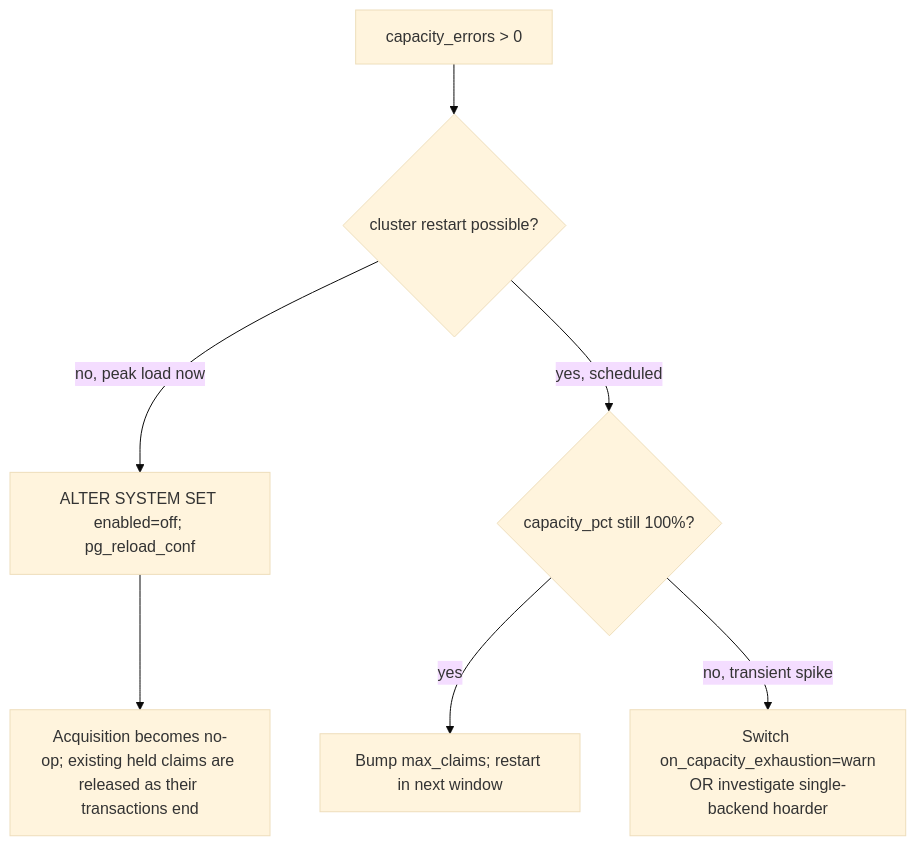
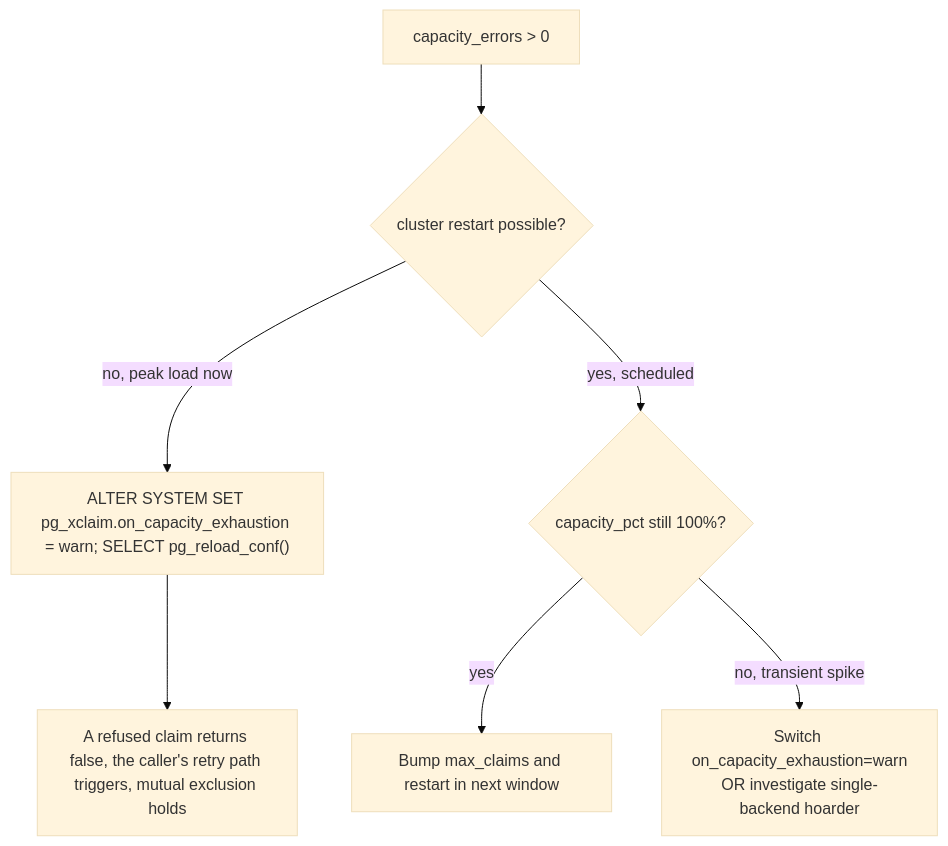
One commit to Fenoman/pg_xclaim changed the second of 2 diagrams in docs/incident-decision-tree_en.md. Above: the diagram before and after it, drawn with Mermaid (base theme). The commit also changed other lines of this file and 104 other files, not shown here.

````diff
--- a/docs/incident-decision-tree_en.md
+++ b/docs/incident-decision-tree_en.md
@@ -162,9 +166,9 @@
 ```mermaid
 flowchart TD
     A[capacity_errors > 0] --> B{cluster restart possible?}
-    B -- "no, peak load now" --> C[ALTER SYSTEM SET enabled=off; pg_reload_conf]
-    C --> C1[Acquisition becomes no-op; existing held claims are released as their transactions end]
+    B -- "no, peak load now" --> C["ALTER SYSTEM SET pg_xclaim.on_capacity_exhaustion = warn; SELECT pg_reload_conf()"]
+    C --> C1[A refused claim returns false, the caller's retry path triggers, mutual exclusion holds]
     B -- "yes, scheduled" --> D{capacity_pct still 100%?}
-    D -- "yes" --> E[Bump max_claims; restart in next window]
+    D -- "yes" --> E[Bump max_claims and restart in next window]
     D -- "no, transient spike" --> F[Switch on_capacity_exhaustion=warn<br/>OR investigate single-backend hoarder]
 ```
````
